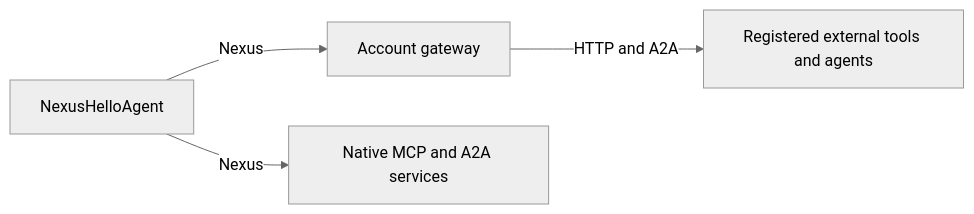
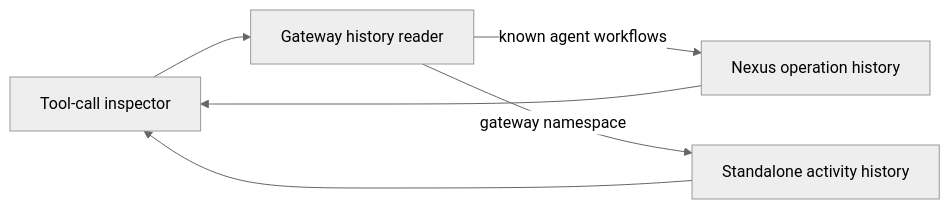
The third of 5 diagrams in examples/nexus_hello/README.md (temporal-community/temporal-agent-harness), drawn with Mermaid (neutral theme) before and after one commit. The commit also changed other lines of this file and 26 other files, not shown here.

Commit message:
Add account MCP call history inspector

````diff
--- a/examples/nexus_hello/README.md
+++ b/examples/nexus_hello/README.md
@@ -125,7 +126,8 @@
 ```mermaid
 flowchart LR
-    Agent[NexusHelloAgent]
-    Agent -->|Nexus| Gateway[Account gateway]
-    Gateway -->|HTTP and A2A| External[Registered external tools and agents]
-    Agent -->|Nexus| Native[Native MCP and A2A services]
+    UI[Tool-call inspector] --> History[Gateway history reader]
+    History -->|known agent workflows| Native[Nexus operation history]
+    History -->|gateway namespace| External[Standalone activity history]
+    Native --> UI
+    External --> UI
 ```
````
